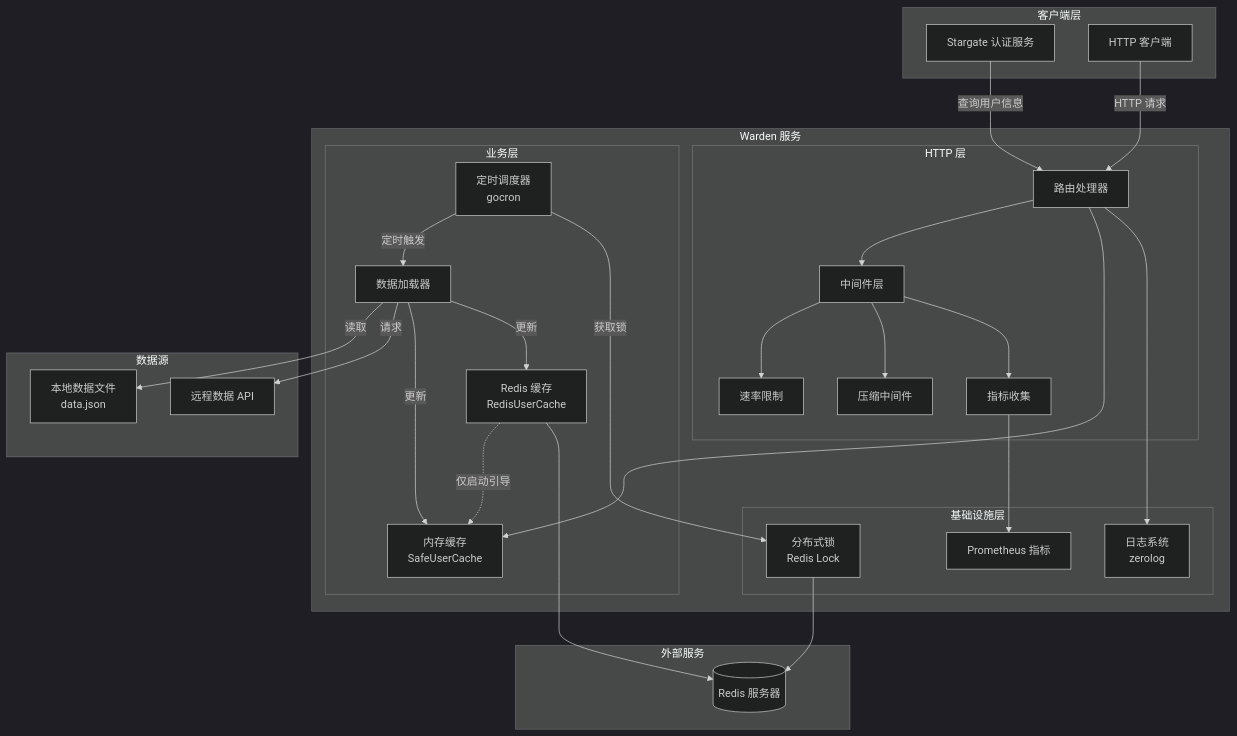
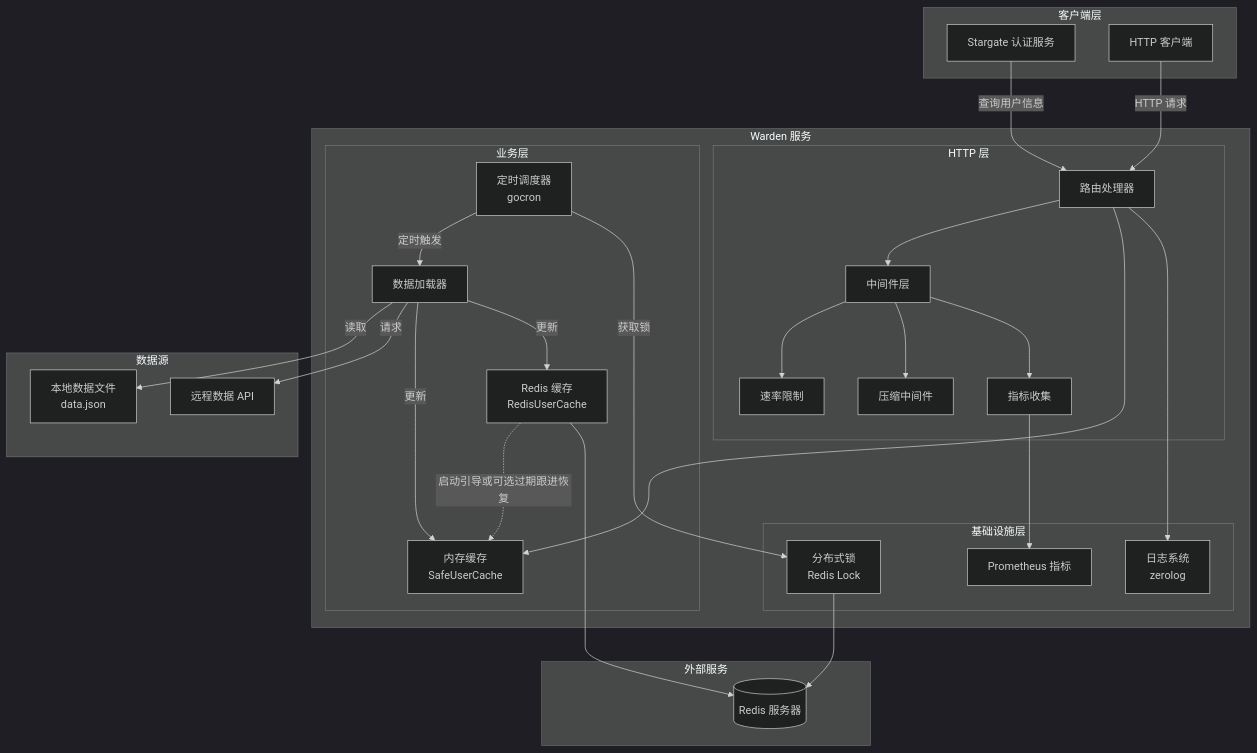
Before and after one commit to soulteary/warden: the first of 7 diagrams in docs/zhCN/ARCHITECTURE.md, drawn with Mermaid (dark theme). The commit also changed 19 other files, not shown here.

````diff
--- a/docs/zhCN/ARCHITECTURE.md
+++ b/docs/zhCN/ARCHITECTURE.md
@@ -13,58 +13,58 @@
 ```mermaid
 graph TB
     subgraph "客户端层"
         Stargate[Stargate 认证服务]
         Client[HTTP 客户端]
     end
 
     subgraph "Warden 服务"
         subgraph "HTTP 层"
             Router[路由处理器]
             Middleware[中间件层]
             RateLimit[速率限制]
             Compress[压缩中间件]
             Metrics[指标收集]
         end
 
         subgraph "业务层"
             UserCache[内存缓存<br/>SafeUserCache]
             RedisCache[Redis 缓存<br/>RedisUserCache]
             Loader[数据加载器]
             Scheduler[定时调度器<br/>gocron]
         end
 
         subgraph "基础设施层"
             Logger[日志系统<br/>zerolog]
             Prometheus[Prometheus 指标]
             RedisLock[分布式锁<br/>Redis Lock]
         end
     end
 
     subgraph "数据源"
         LocalFile[本地数据文件<br/>data.json]
         RemoteAPI[远程数据 API]
     end
 
     subgraph "外部服务"
         Redis[(Redis 服务器)]
     end
 
     Stargate -->|查询用户信息| Router
     Client -->|HTTP 请求| Router
     Router --> Middleware
     Middleware --> RateLimit
     Middleware --> Compress
     Middleware --> Metrics
     Router --> UserCache
-    RedisCache -.->|仅启动引导| UserCache
+    RedisCache -.->|启动引导或可选过期跟进恢复| UserCache
     RedisCache --> Redis
     Scheduler -->|定时触发| Loader
     Loader -->|读取| LocalFile
     Loader -->|请求| RemoteAPI
     Loader -->|更新| UserCache
     Loader -->|更新| RedisCache
     Scheduler -->|获取锁| RedisLock
     RedisLock --> Redis
     Router --> Logger
     Metrics --> Prometheus
 ```
````
